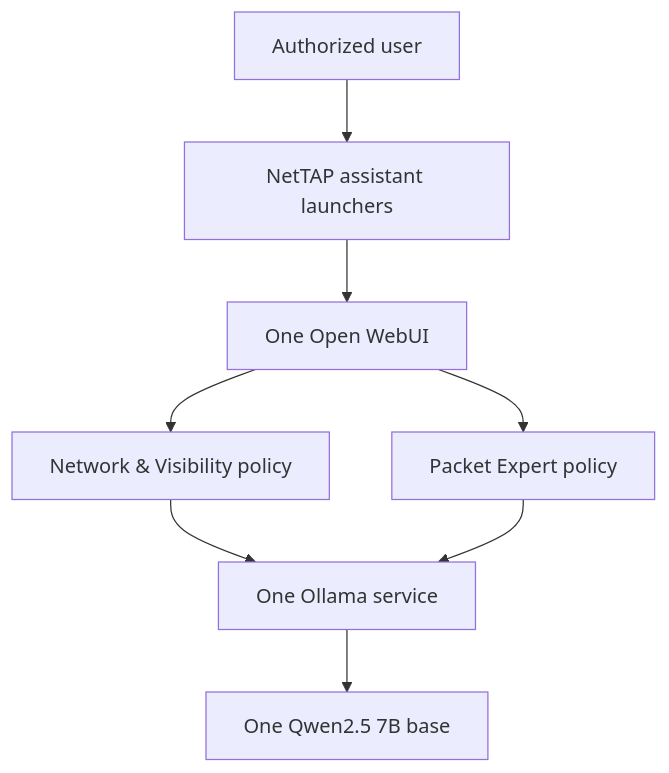
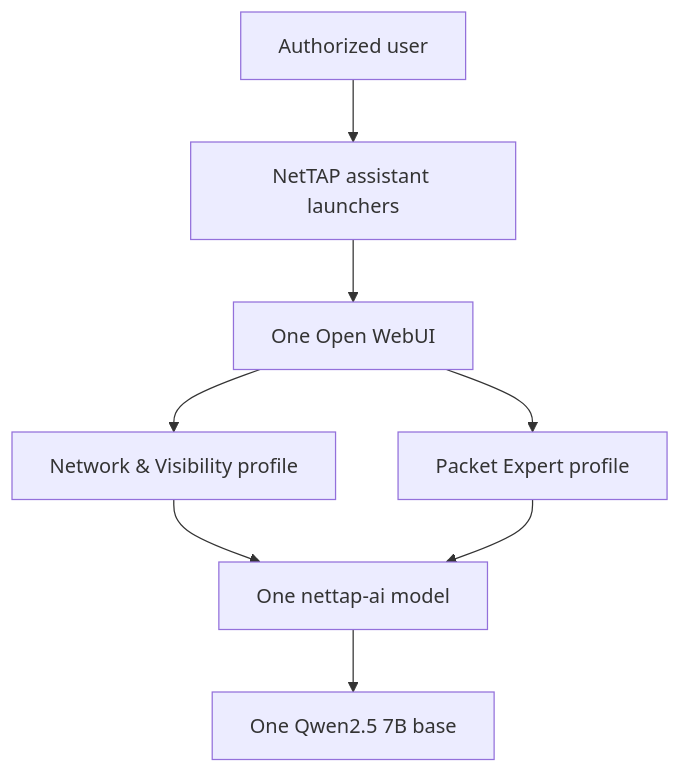
The diagram in docs/ARCHITECTURE.md (mpdwyer2367/nettap-packet-expert), drawn with Mermaid before and after one commit. The commit also changed other lines of this file and 48 other files, not shown here.

Commit message:
Unify NetTAP capabilities in one model

````diff
--- a/docs/ARCHITECTURE.md
+++ b/docs/ARCHITECTURE.md
@@ -7,10 +7,10 @@
 ```mermaid
 flowchart TB
     U["Authorized user"] --> L["NetTAP assistant launchers"]
     L --> W["One Open WebUI"]
-    W --> V["Network & Visibility policy"]
-    W --> P["Packet Expert policy"]
-    V --> O["One Ollama service"]
-    P --> O
-    O --> Q["One Qwen2.5 7B base"]
+    W --> V["Network & Visibility profile"]
+    W --> P["Packet Expert profile"]
+    V --> N["One nettap-ai model"]
+    P --> N
+    N --> Q["One Qwen2.5 7B base"]
 ```
````
